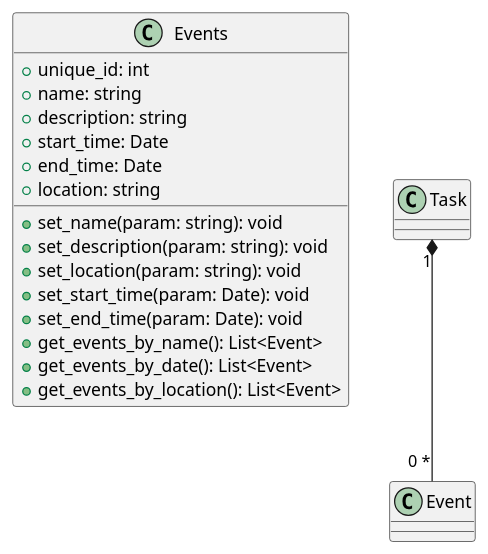
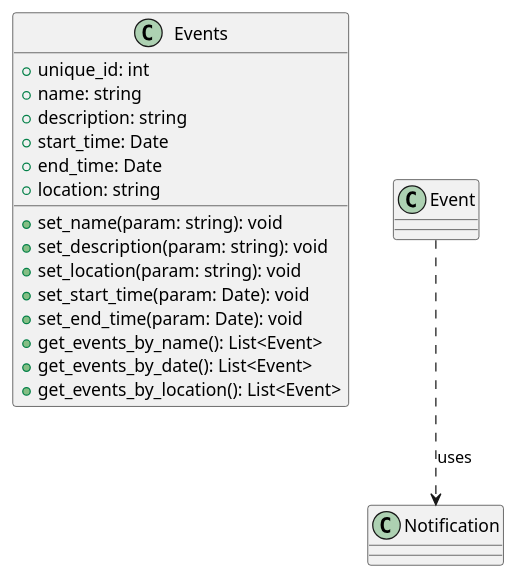
The diagram in assignment6/event.puml (CS361-2024Fall-Term/Innovators), drawn with PlantUML before and after one commit.

Commit message:
add notifications to event

```diff
--- a/assignment6/event.puml
+++ b/assignment6/event.puml
@@ -1,22 +1,22 @@
 @startuml
 
 class Events {
   +unique_id: int  
   +name: string
   +description: string
   +start_time: Date
   +end_time: Date
   +location: string
   +set_name(param: string): void
   +set_description(param: string): void
   +set_location(param: string): void
   +set_start_time(param: Date): void
   +set_end_time(param: Date): void
   +get_events_by_name(): List<Event>
   +get_events_by_date(): List<Event>
   +get_events_by_location(): List<Event>
 }
 
-Task "1" *-- "0 *" Event
+Event ..> Notification: uses
 
 @enduml
```
